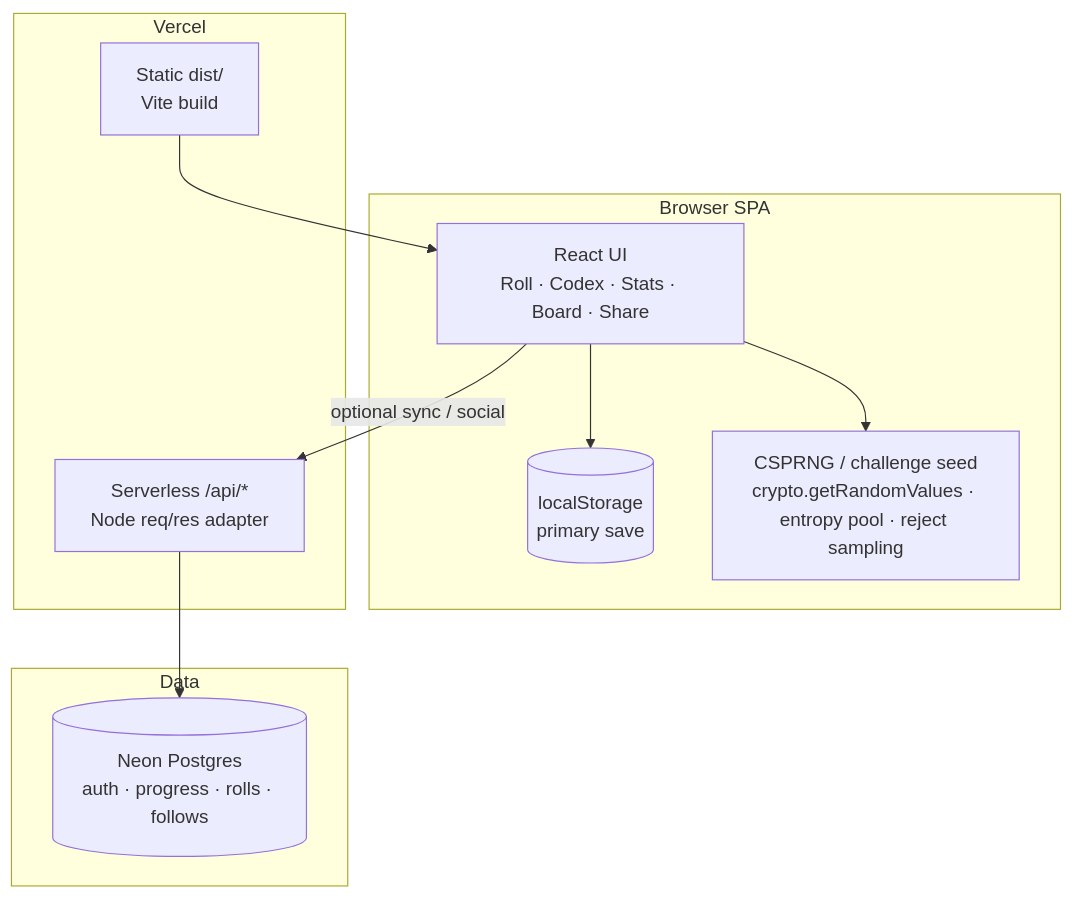
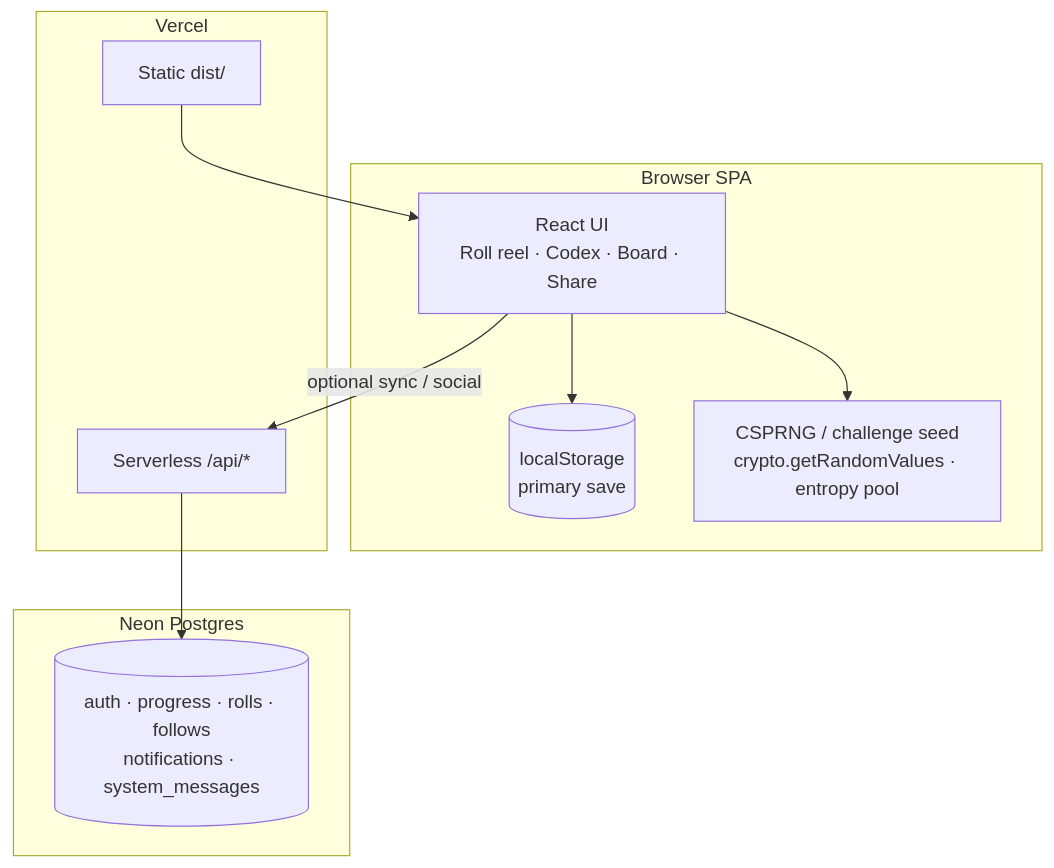
Before and after one commit to jondmarien/rngdle-unlocked: the diagram in README.md, drawn with Mermaid. The commit also changed other lines of this file and 5 other files, not shown here.

First line of the commit message:
docs: refresh README, architecture diagrams, and in-app About copy

````diff
--- a/README.md
+++ b/README.md
@@ -54,23 +54,23 @@
 ```mermaid
 flowchart TB
   subgraph CLIENT["Browser SPA"]
-    UI["React UI<br/>Roll · Codex · Stats · Board · Share"]
+    UI["React UI<br/>Roll reel · Codex · Board · Share"]
     LS[("localStorage<br/>primary save")]
-    RNG["CSPRNG / challenge seed<br/>crypto.getRandomValues · entropy pool · reject sampling"]
+    RNG["CSPRNG / challenge seed<br/>crypto.getRandomValues · entropy pool"]
     UI --> RNG
     UI --> LS
   end
 
   subgraph VERCEL["Vercel"]
-    STATIC["Static dist/<br/>Vite build"]
-    API["Serverless /api/*<br/>Node req/res adapter"]
+    STATIC["Static dist/"]
+    API["Serverless /api/*"]
   end
 
-  subgraph DATA["Data"]
-    NEON[("Neon Postgres<br/>auth · progress · rolls · follows")]
+  subgraph DATA["Neon Postgres"]
+    NEON[("auth · progress · rolls · follows<br/>notifications · system_messages")]
   end
 
   UI -->|optional sync / social| API
   API --> NEON
   STATIC --> UI
 ```
````
